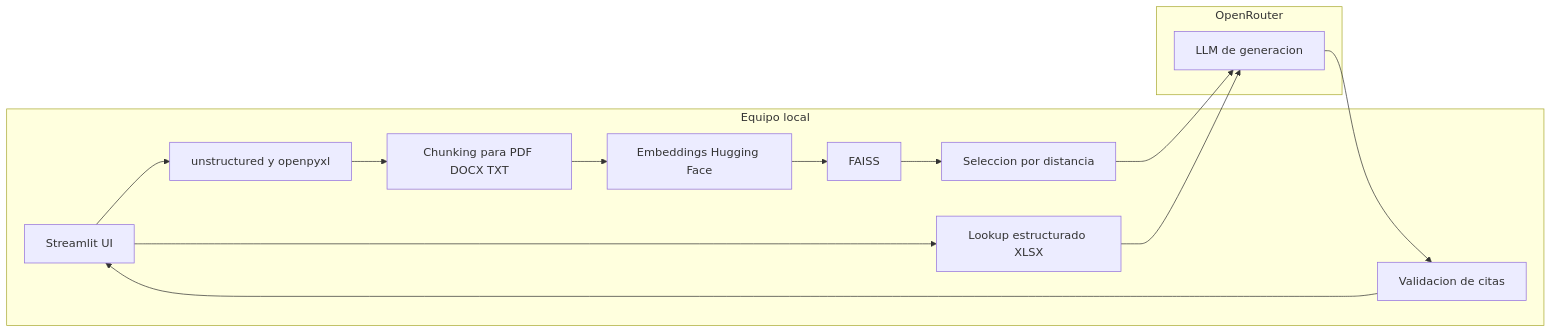
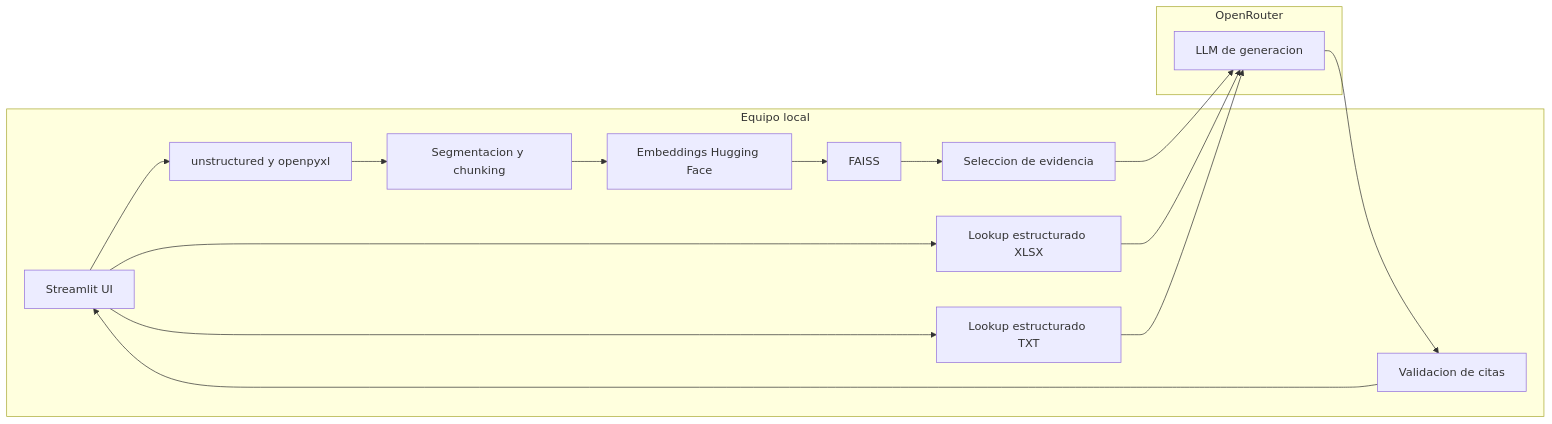
Before and after one commit to MauPos04/RAG_BIOS: the second of 4 diagrams in README2.md, drawn with Mermaid. The commit also changed other lines of this file and 3 other files, not shown here.

````diff
--- a/README2.md
+++ b/README2.md
@@ -35,23 +37,26 @@
 ```mermaid
 flowchart LR
     subgraph Local[Equipo local]
         A1[Streamlit UI]
         A2[unstructured y openpyxl]
-        A3[Chunking para PDF DOCX TXT]
+        A3[Segmentacion y chunking]
         A4[Embeddings Hugging Face]
         A5[FAISS]
         A6[Lookup estructurado XLSX]
-        A7[Seleccion por distancia]
-        A8[Validacion de citas]
+        A7[Lookup estructurado TXT]
+        A8[Seleccion de evidencia]
+        A9[Validacion de citas]
     end
 
     subgraph Remoto[OpenRouter]
         B1[LLM de generacion]
     end
 
     A1 --> A2 --> A3 --> A4 --> A5
     A1 --> A6
-    A5 --> A7 --> B1
+    A1 --> A7
+    A5 --> A8 --> B1
     A6 --> B1
-    B1 --> A8 --> A1
+    A7 --> B1
+    B1 --> A9 --> A1
 ```
````
